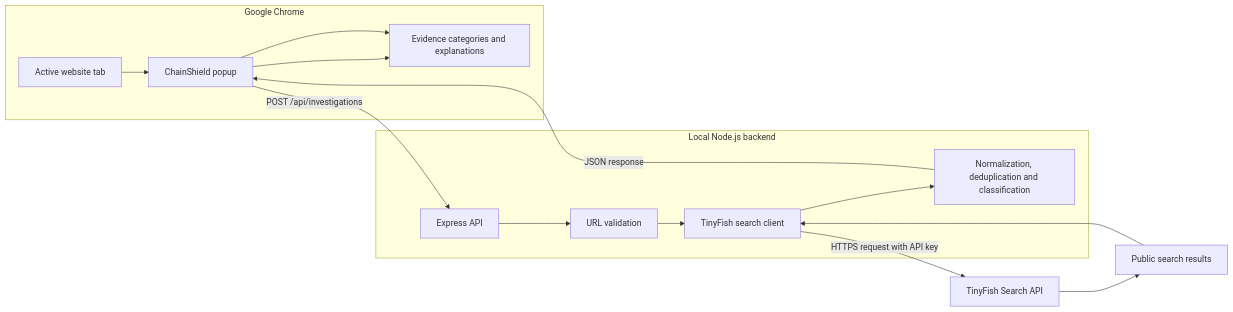
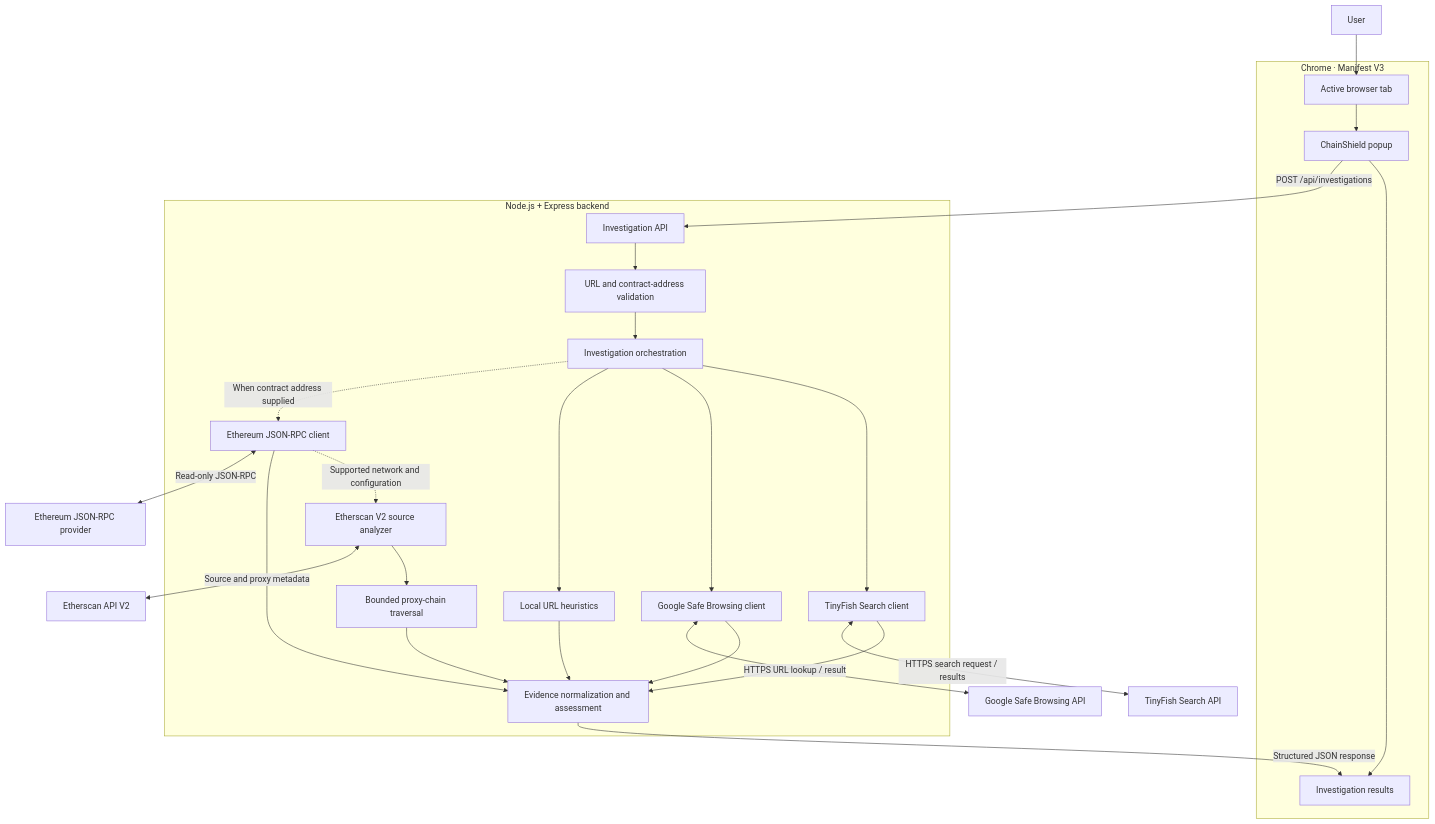
Before and after one commit to iamjahnvi/ChainShield: the first of 3 diagrams in README.md, drawn with Mermaid. The commit also changed other lines of this file, not shown here.

````diff
--- a/README.md
+++ b/README.md
@@ -90,31 +88,55 @@
 ```mermaid
-flowchart LR
-    subgraph Browser["Google Chrome"]
-        TAB["Active website tab"]
-        EXT["ChainShield popup"]
-        UI["Evidence categories and explanations"]
-        TAB --> EXT
-        EXT --> UI
+flowchart TB
+    USER["User"]
+    subgraph CHROME["Chrome · Manifest V3"]
+        TAB["Active browser tab"]
+        POPUP["ChainShield popup"]
+        UI["Investigation results"]
+        TAB --> POPUP
+        POPUP --> UI
     end
 
-    subgraph Backend["Local Node.js backend"]
-        API["Express API"]
-        VALIDATE["URL validation"]
-        SEARCH["TinyFish search client"]
-        CLASSIFY["Normalization, deduplication and classification"]
+    subgraph BACKEND["Node.js + Express backend"]
+        API["Investigation API"]
+        VALIDATE["URL and contract-address validation"]
+        ORCHESTRATOR["Investigation orchestration"]
+
+        TINY["TinyFish Search client"]
+        SAFE["Google Safe Browsing client"]
+        HEURISTICS["Local URL heuristics"]
+
+        RPC["Ethereum JSON-RPC client"]
+        ETHERSCAN["Etherscan V2 source analyzer"]
+        PROXY["Bounded proxy-chain traversal"]
+        CLASSIFY["Evidence normalization and assessment"]
 
         API --> VALIDATE
-        VALIDATE --> SEARCH
-        SEARCH --> CLASSIFY
+        VALIDATE --> ORCHESTRATOR
+
+        ORCHESTRATOR --> TINY
+        ORCHESTRATOR --> SAFE
+        ORCHESTRATOR --> HEURISTICS
+        ORCHESTRATOR -. "When contract address supplied" .-> RPC
+        RPC -. "Supported network and configuration" .-> ETHERSCAN
+        ETHERSCAN --> PROXY
+
+        TINY --> CLASSIFY
+        SAFE --> CLASSIFY
+        HEURISTICS --> CLASSIFY
+        RPC --> CLASSIFY
+        PROXY --> CLASSIFY
     end
 
     TF["TinyFish Search API"]
-    PUBLIC["Public search results"]
+    GSB["Google Safe Browsing API"]
+    ETH["Ethereum JSON-RPC provider"]
+    ES["Etherscan API V2"]
 
-    EXT -->|"POST /api/investigations"| API
-    SEARCH -->|"HTTPS request with API key"| TF
-    TF --> PUBLIC
-    PUBLIC --> SEARCH
-    CLASSIFY -->|"JSON response"| EXT
-    EXT --> UI
+    USER --> TAB
+    POPUP -->|"POST /api/investigations"| API
+    TINY <-->|"HTTPS search request / results"| TF
+    SAFE <-->|"HTTPS URL lookup / result"| GSB
+    RPC <-->|"Read-only JSON-RPC"| ETH
+    ETHERSCAN <-->|"Source and proxy metadata"| ES
+    CLASSIFY -->|"Structured JSON response"| UI
 ```
````
